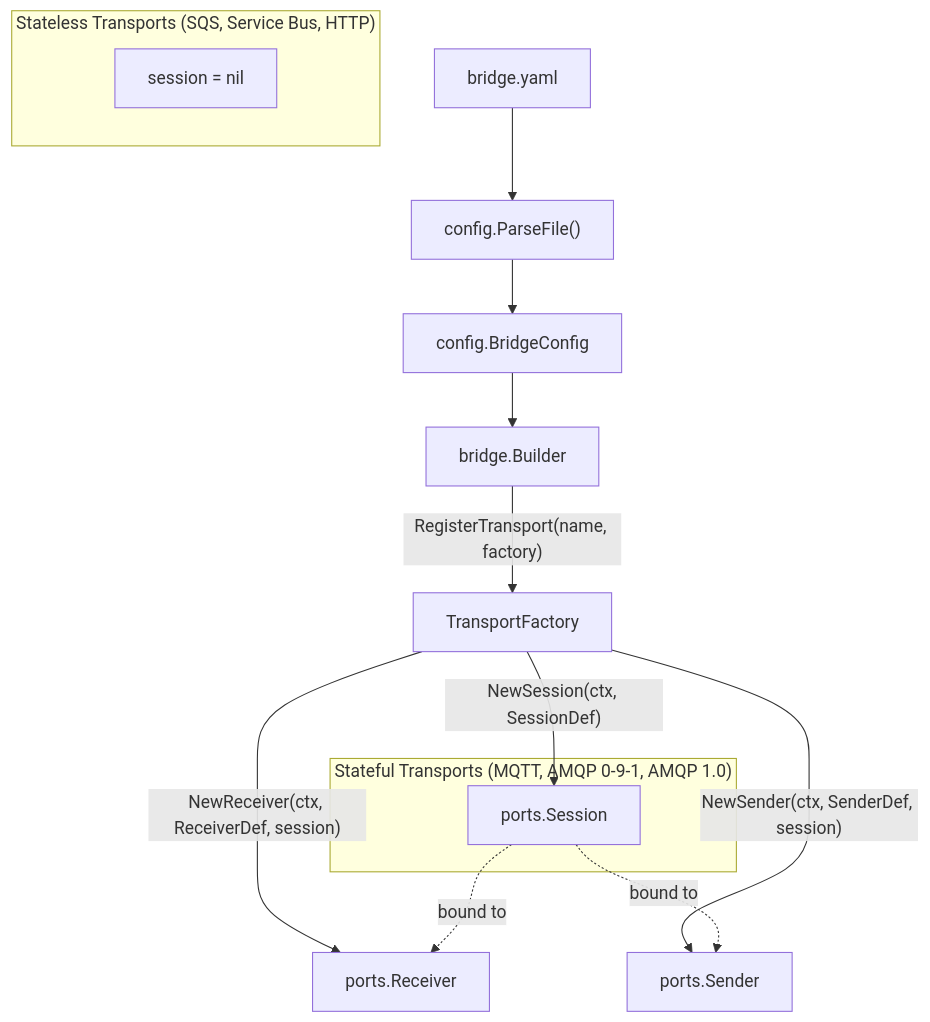
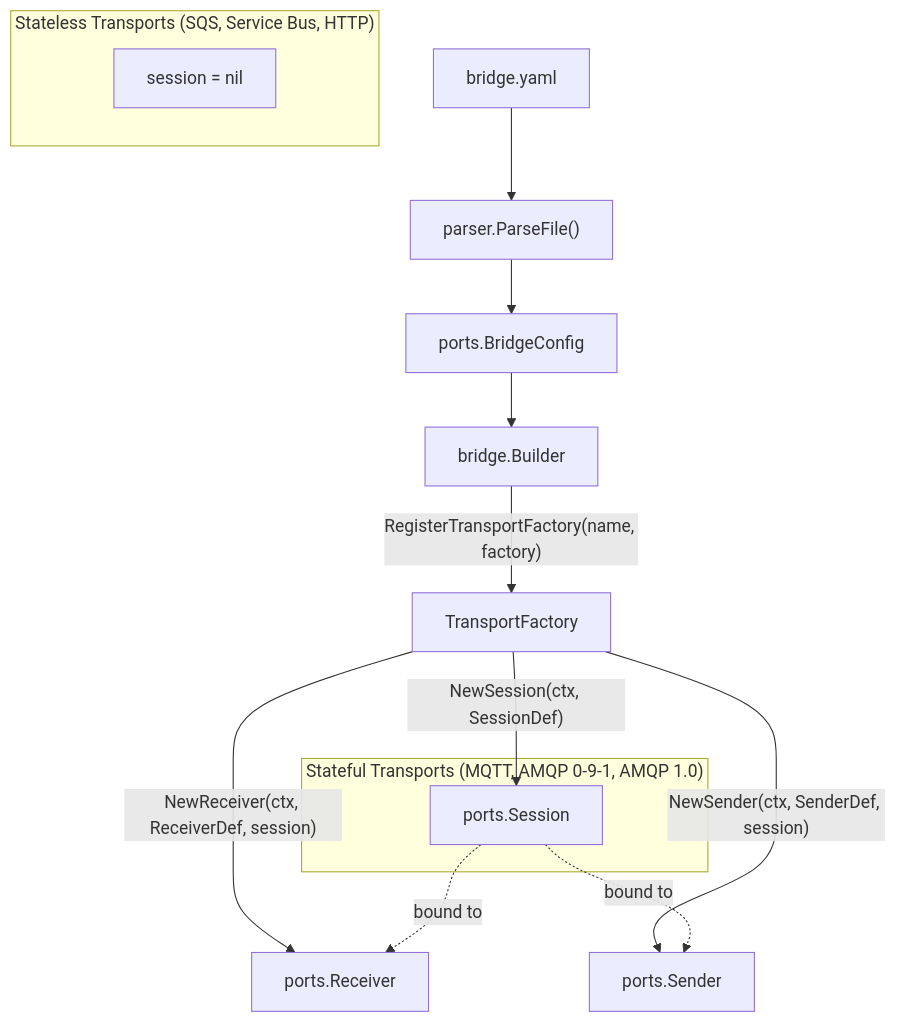
Before and after one commit to mariotoffia/gobridge: the diagram in docs/transport-configuration.md, drawn with Mermaid. The commit also changed other lines of this file and 282 other files, not shown here.

````diff
--- a/docs/transport-configuration.md
+++ b/docs/transport-configuration.md
@@ -37,24 +37,24 @@
 ```mermaid
 flowchart TD
-    YAML["bridge.yaml"] --> Parse["config.ParseFile()"]
-    Parse --> CFG["config.BridgeConfig"]
+    YAML["bridge.yaml"] --> Parse["parser.ParseFile()"]
+    Parse --> CFG["ports.BridgeConfig"]
     CFG --> Builder["bridge.Builder"]
 
-    Builder -->|"RegisterTransport(name, factory)"| TF["TransportFactory"]
+    Builder -->|"RegisterTransportFactory(name, factory)"| TF["TransportFactory"]
 
     TF -->|"NewSession(ctx, SessionDef)"| Session["ports.Session"]
     TF -->|"NewReceiver(ctx, ReceiverDef, session)"| Receiver["ports.Receiver"]
     TF -->|"NewSender(ctx, SenderDef, session)"| Sender["ports.Sender"]
 
     Session -.->|"bound to"| Receiver
     Session -.->|"bound to"| Sender
 
     subgraph Stateful ["Stateful Transports (MQTT, AMQP 0-9-1, AMQP 1.0)"]
         Session
     end
 
     subgraph Stateless ["Stateless Transports (SQS, Service Bus, HTTP)"]
         direction LR
         NilSession["session = nil"]
     end
 ```
````
